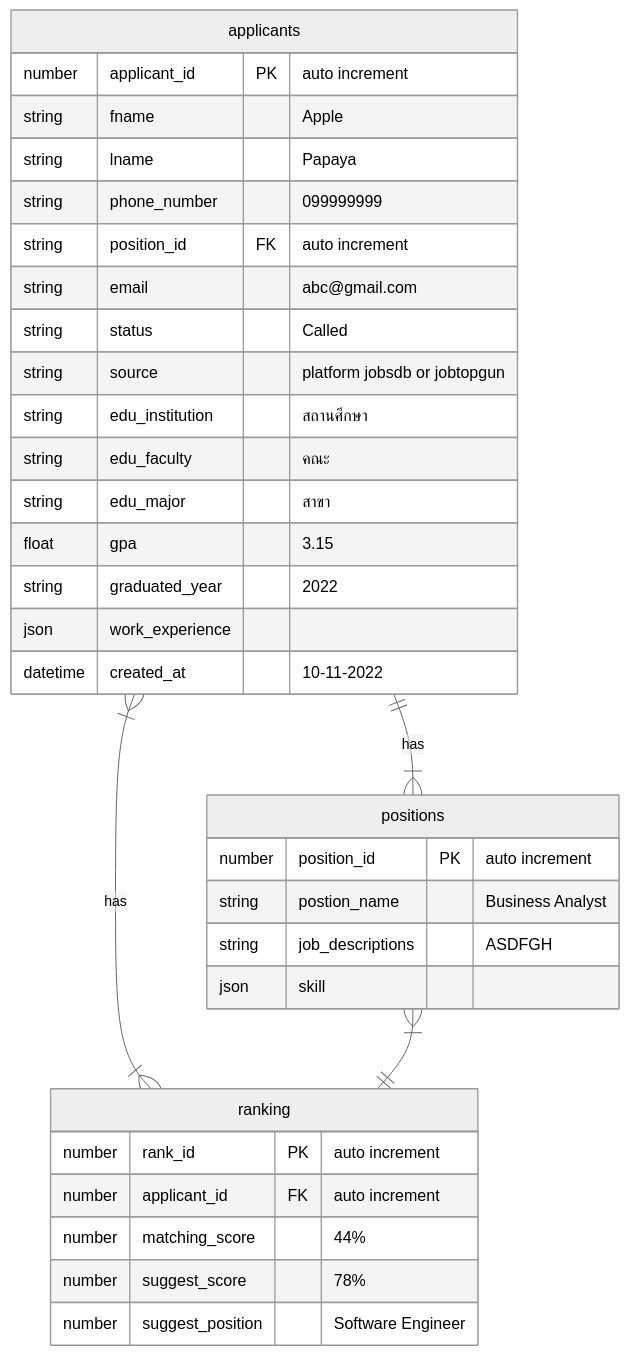
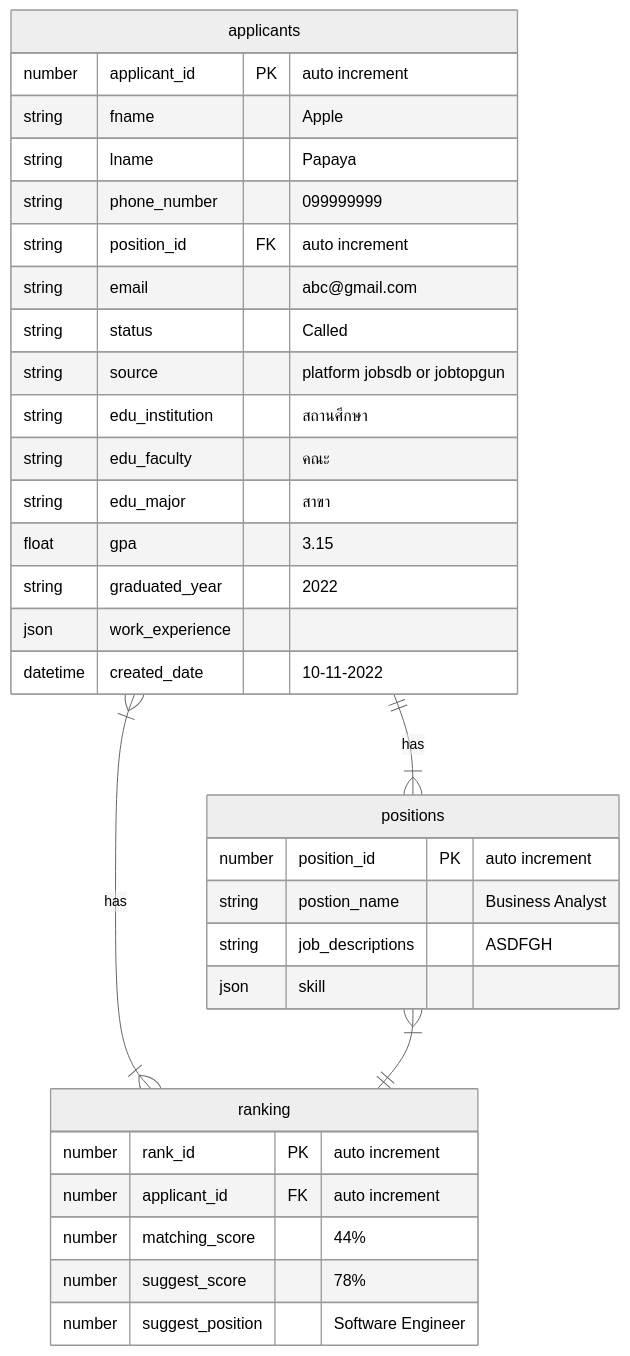
Before and after one commit to Thanapheem/diagram: the diagram in er.md, drawn with Mermaid (neutral theme).

````diff
--- a/er.md
+++ b/er.md
@@ -1,36 +1,36 @@
 ```mermaid
 erDiagram
 applicants ||--|{positions: has
 applicants }|--|{ ranking: has
 positions }|--|| ranking: ""
 applicants {
 number applicant_id PK "auto increment"
 string fname   "Apple"
 string lname   "Papaya"
 string phone_number "099999999"
 string position_id FK"auto increment"
 string email "abc@gmail.com"
 string status "Called"
 string source "platform jobsdb or jobtopgun"
 string edu_institution "สถานศึกษา"
 string edu_faculty "คณะ"
 string edu_major "สาขา"
 float gpa "3.15"
 string graduated_year "2022"
 json work_experience ""
-datetime created_at  "10-11-2022"
+datetime created_date  "10-11-2022"
 }
 positions {
 number position_id PK "auto increment"
 string postion_name "Business Analyst"
 string job_descriptions "ASDFGH"
 json skill ""
 }
 ranking {
 number rank_id PK "auto increment"
 number applicant_id FK "auto increment"
 number matching_score "44%"
 number suggest_score "78%"
 number suggest_position "Software Engineer"
 }
 ```
````
